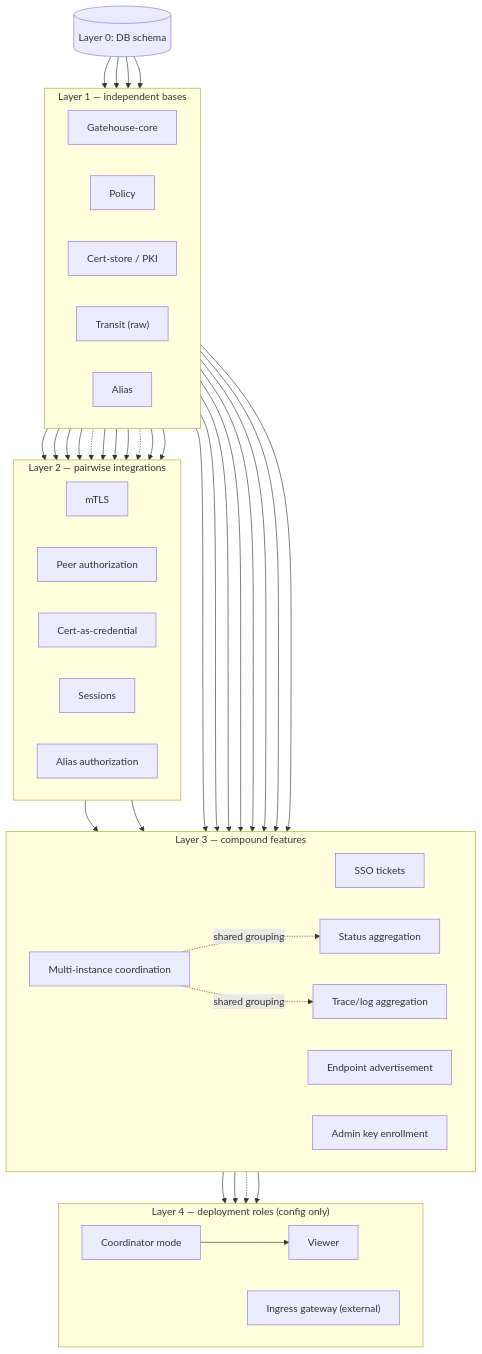
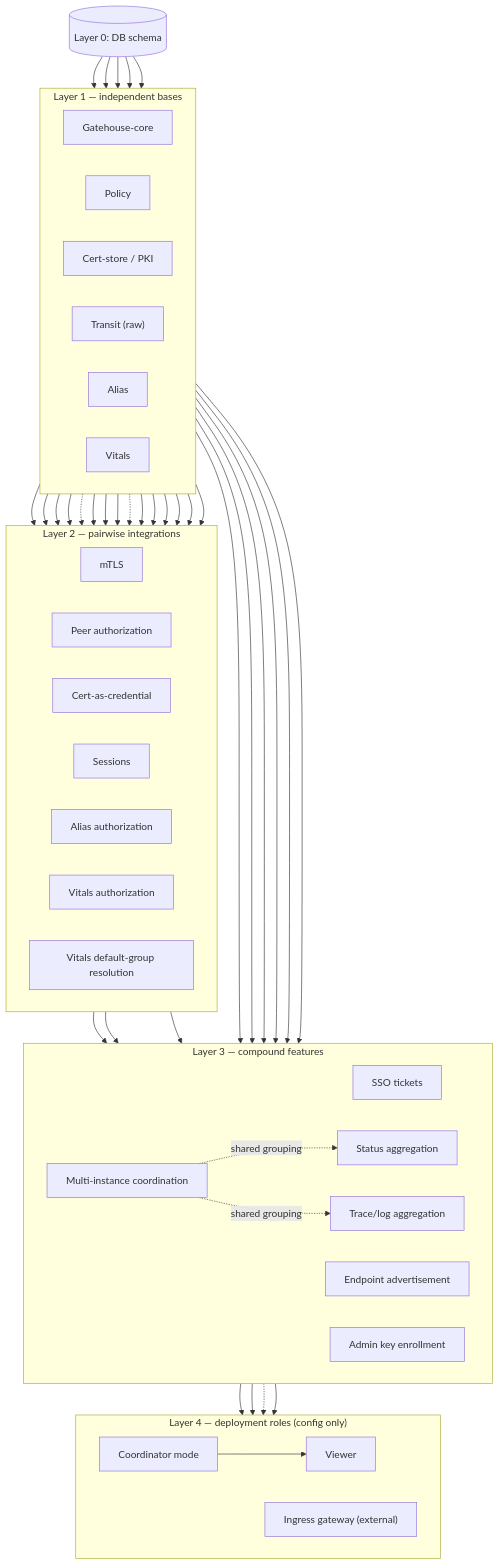
The diagram in docs/architecture/01-build-order.md (croge130/archipelago), drawn with Mermaid before and after one commit. The commit also changed other lines of this file and 1 other file, not shown here.

````diff
--- a/docs/architecture/01-build-order.md
+++ b/docs/architecture/01-build-order.md
@@ -147,75 +150,82 @@
 ```mermaid
 flowchart TB
     DB[("Layer 0: DB schema")]
 
     subgraph L1["Layer 1 — independent bases"]
         direction LR
         GH["Gatehouse-core"]
         POL["Policy"]
         PKI["Cert-store / PKI"]
         TR["Transit (raw)"]
         ALIAS["Alias"]
+        VITALS["Vitals"]
     end
 
     DB --> GH
     DB --> POL
     DB --> PKI
     DB --> ALIAS
+    DB --> VITALS
 
     subgraph L2["Layer 2 — pairwise integrations"]
         direction LR
         MTLS["mTLS"]
         PEERAUTH["Peer authorization"]
         CREDCERT["Cert-as-credential"]
         SESS["Sessions"]
         ALIASAUTH["Alias authorization"]
+        VITALSAUTH["Vitals authorization"]
+        VITALSDEFAULTS["Vitals default-group resolution"]
     end
 
     TR --> MTLS
     PKI --> MTLS
     TR --> PEERAUTH
     GH --> PEERAUTH
     POL -.-> PEERAUTH
     GH --> CREDCERT
     PKI --> CREDCERT
     GH --> SESS
     TR -.-> SESS
     ALIAS --> ALIASAUTH
     GH --> ALIASAUTH
+    VITALS --> VITALSAUTH
+    GH --> VITALSAUTH
+    VITALS --> VITALSDEFAULTS
+    POL --> VITALSDEFAULTS
 
     subgraph L3["Layer 3 — compound features"]
         direction LR
         SSO["SSO tickets"]
         MULTI["Multi-instance coordination"]
         STATUS["Status aggregation"]
         ENDPOINT["Endpoint advertisement"]
         ADMINKEY["Admin key enrollment"]
         TRACEAGG["Trace/log aggregation"]
     end
 
     GH --> SSO
     PKI --> SSO
     TR --> SSO
     MTLS --> MULTI
     PEERAUTH --> MULTI
-    POL --> STATUS
-    TR --> STATUS
+    VITALSDEFAULTS --> STATUS
     MULTI -.shared grouping.-> STATUS
     GH --> ENDPOINT
     PKI --> ADMINKEY
     TR --> TRACEAGG
     MULTI -.shared grouping.-> TRACEAGG
 
     subgraph L4["Layer 4 — deployment roles (config only)"]
         direction LR
         COORD["Coordinator mode"]
         GATEWAY["Ingress gateway (external)"]
         VIEWER["Viewer"]
     end
 
     ENDPOINT --> COORD
     SSO --> COORD
     MULTI -.-> COORD
     COORD --> VIEWER
     SSO --> VIEWER
 ```
````
